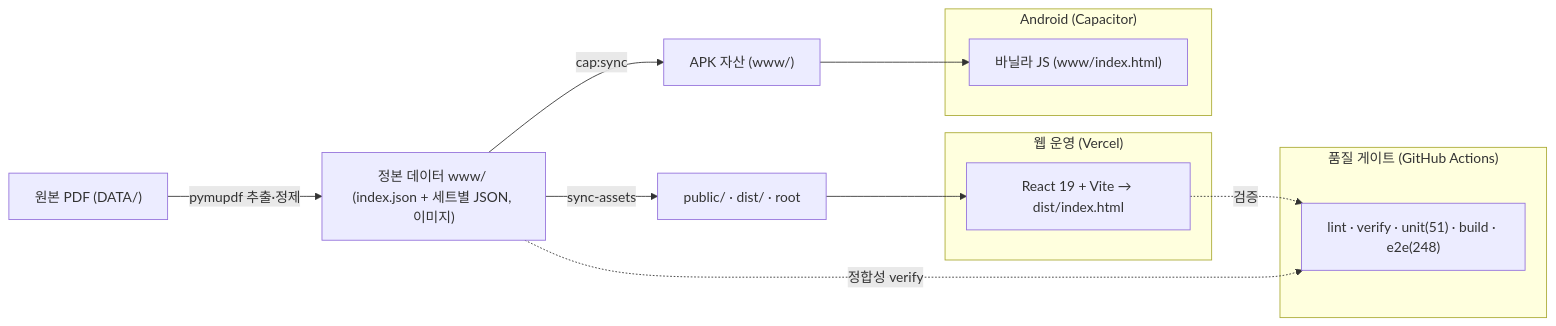
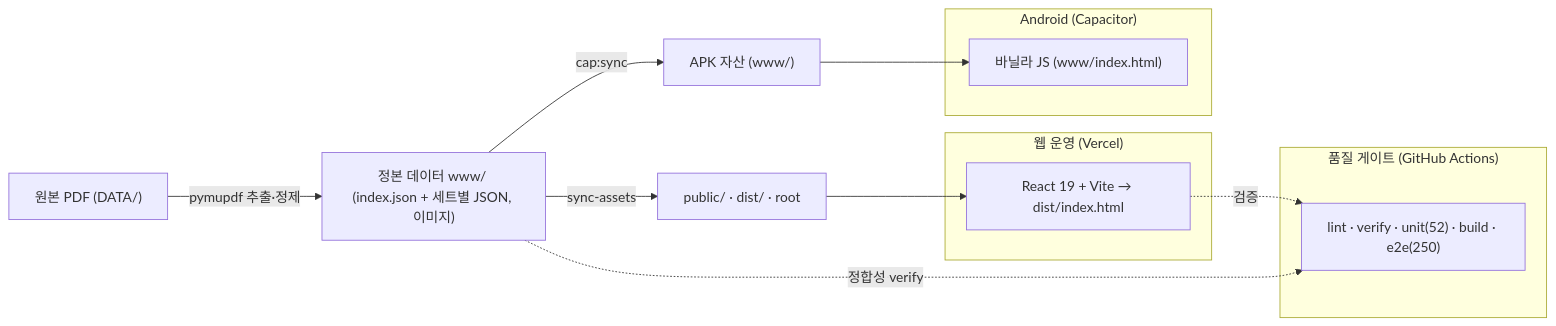
One commit to WindowHyun/ISTQB changed the diagram in README.md. Above: the diagram before and after it, drawn with Mermaid. The commit also changed other lines of this file and 10 other files, not shown here.

````diff
--- a/README.md
+++ b/README.md
@@ -165,21 +165,21 @@
 ```mermaid
 flowchart LR
   PDF["원본 PDF (DATA/)"] -->|pymupdf 추출·정제| SRC["정본 데이터 www/ (index.json + 세트별 JSON, 이미지)"]
   SRC -->|sync-assets| PUB["public/ · dist/ · root"]
   SRC -->|cap:sync| WWW["APK 자산 (www/)"]
 
   subgraph 웹_운영["웹 운영 (Vercel)"]
     REACT["React 19 + Vite → dist/index.html"]
   end
   subgraph APK["Android (Capacitor)"]
     VANILLA["바닐라 JS (www/index.html)"]
   end
   PUB --> REACT
   WWW --> VANILLA
 
   subgraph 품질["품질 게이트 (GitHub Actions)"]
-    CI["lint · verify · unit(51) · build · e2e(248)"]
+    CI["lint · verify · unit(52) · build · e2e(250)"]
   end
   REACT -.검증.-> CI
   SRC -.정합성 verify.-> CI
 ```
````
